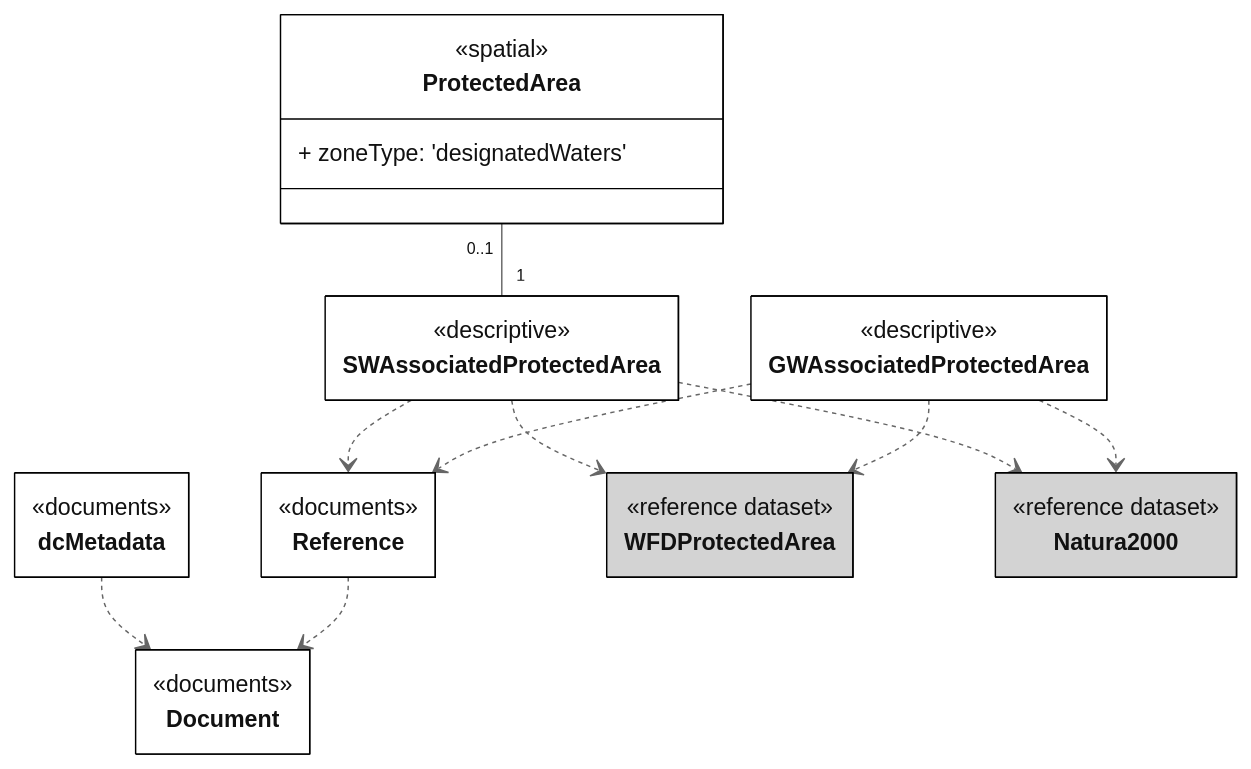
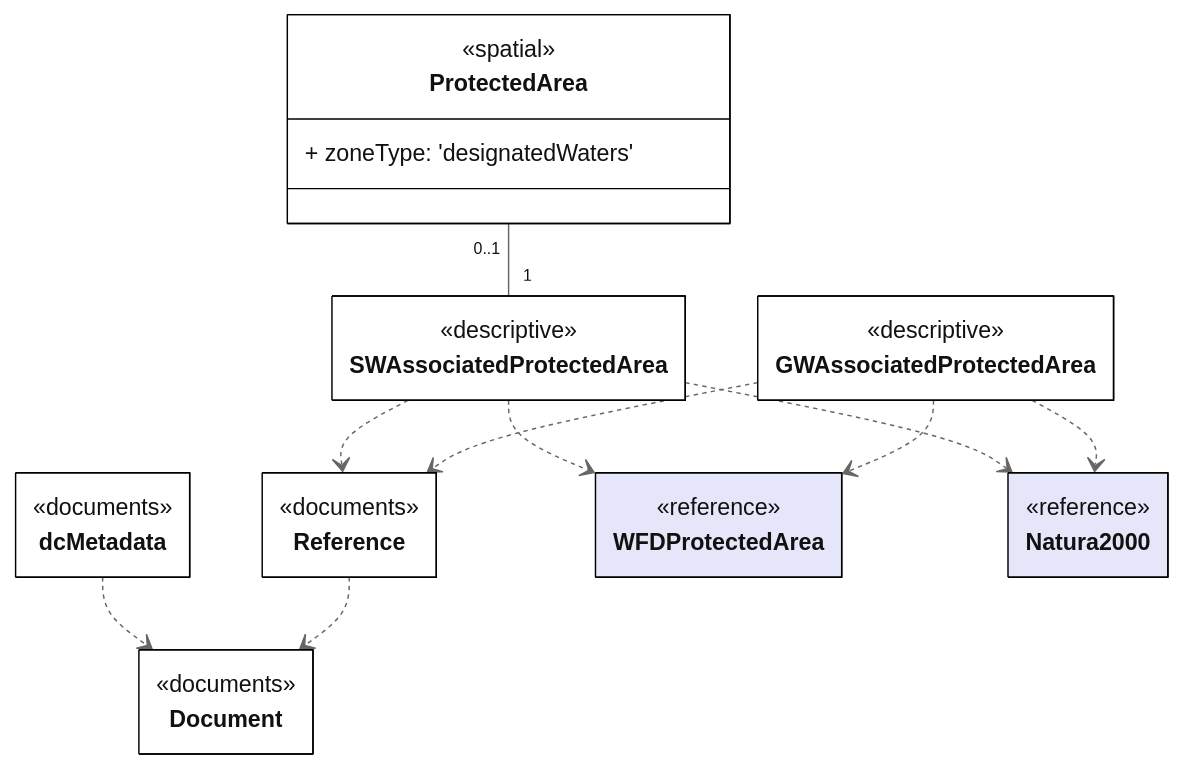
One commit to eeadata/WISE.WFD.Documentation changed the diagram in docs/DataModelReview/mmd/ProtectedArea_4thCycle_Overview_ClassDiagram.mmd. Above: the diagram before and after it, drawn with Mermaid.

Commit message:
Minor: CSS consolidation

```diff
--- a/docs/DataModelReview/mmd/ProtectedArea_4thCycle_Overview_ClassDiagram.mmd
+++ b/docs/DataModelReview/mmd/ProtectedArea_4thCycle_Overview_ClassDiagram.mmd
@@ -1,38 +1,38 @@
 ---
 config:
   class:
     hideEmptyMembersBox: true
   layout: dagre
   theme: neutral
 ---
 classDiagram
 direction TB
 
 class dcMetadata{<<documents>>}
 class Reference{<<documents>>}
 class Document {<<documents>>}
 
 class GWAssociatedProtectedArea{<<descriptive>>}
 class SWAssociatedProtectedArea{<<descriptive>>}
 
 class ProtectedArea{<<spatial>>
 + zoneType: 'designatedWaters'}
 
-class WFDProtectedArea:::reference{<<reference dataset>>}
-class Natura2000:::reference{<<reference dataset>>}
+class WFDProtectedArea:::otherDataset{<<reference>>}
+class Natura2000:::otherDataset{<<reference>>}
 
 dcMetadata ..> Document
 Reference ..> Document
 SWAssociatedProtectedArea ..> Reference 
 GWAssociatedProtectedArea ..> Reference 
 
 SWAssociatedProtectedArea ..> WFDProtectedArea 
 GWAssociatedProtectedArea ..> WFDProtectedArea 
 SWAssociatedProtectedArea ..> Natura2000 
 GWAssociatedProtectedArea ..> Natura2000 
 
 ProtectedArea "0..1" -- "1" SWAssociatedProtectedArea 
 
 classDef default fill:white,stroke:#000;
-classDef reference fill:lightgrey,stroke:#000;
+classDef otherDataset fill:lavender,stroke:#000;
 classDef forFixing fill:white,stroke:#f00;
```
